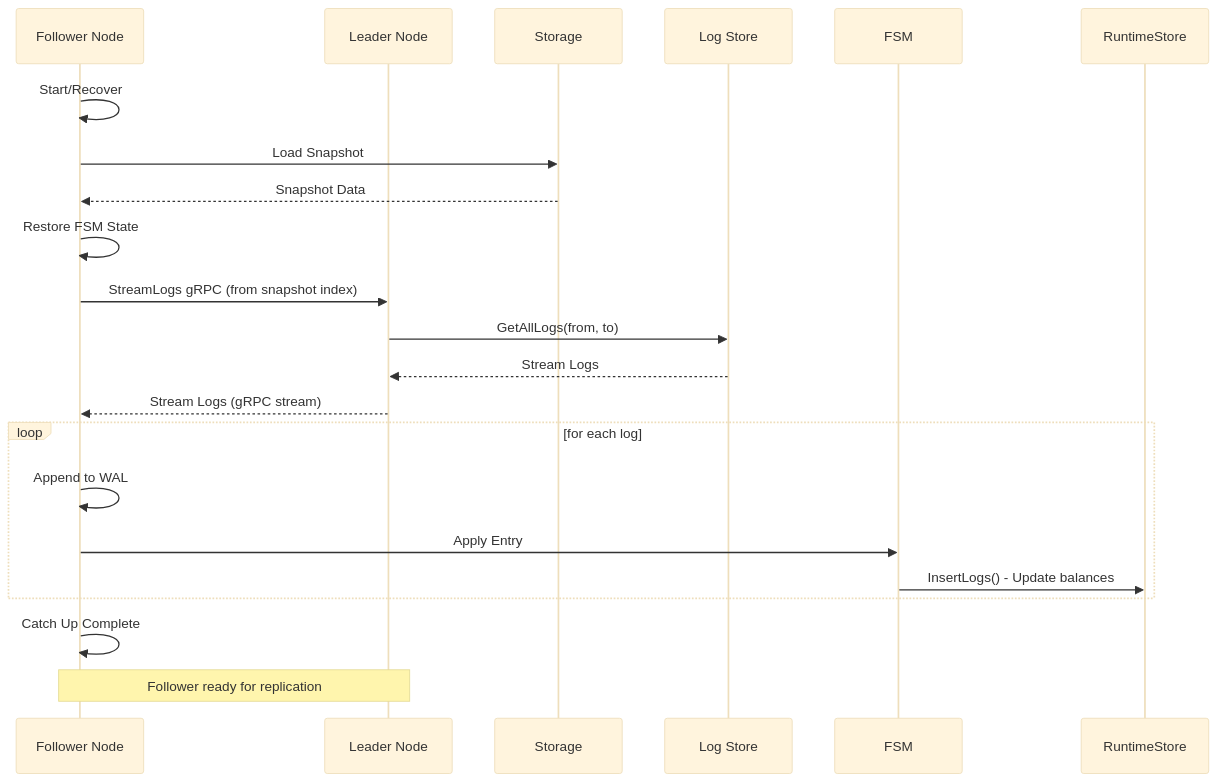
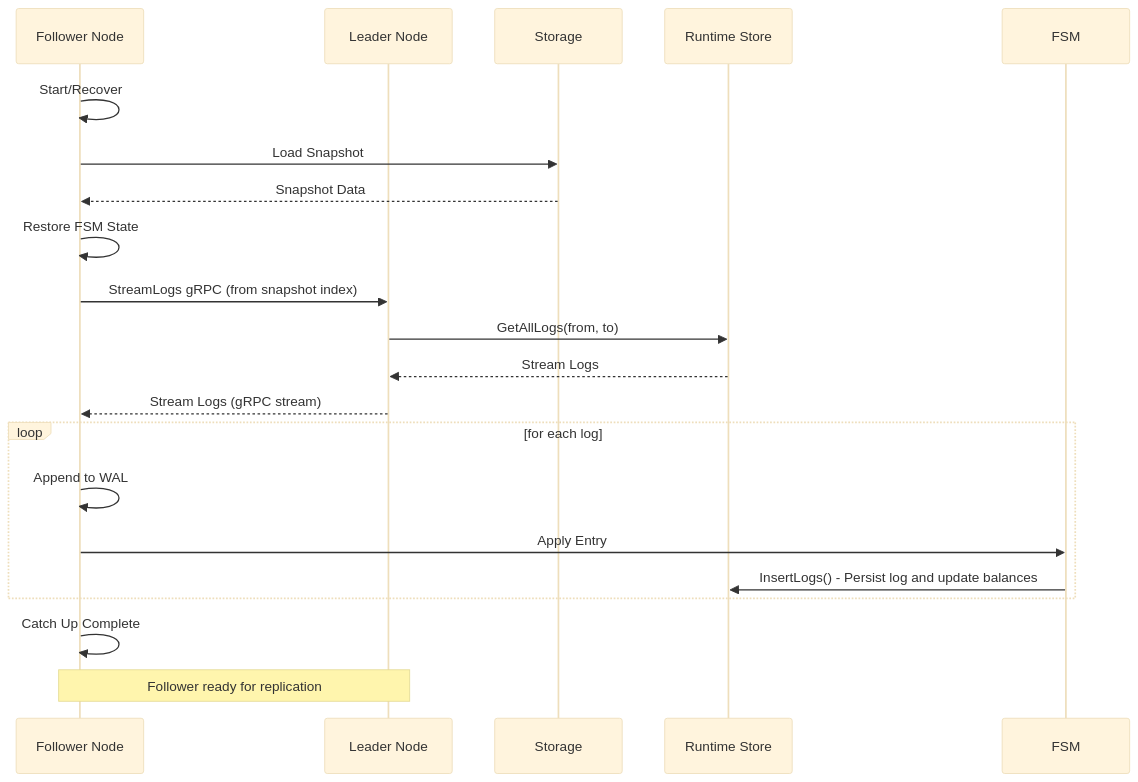
Before and after one commit to formancehq/ledger: the fourth of 7 diagrams in docs/data-flows.md, drawn with Mermaid (base theme). The commit also changed other lines of this file and 66 other files, not shown here.

````diff
--- a/docs/data-flows.md
+++ b/docs/data-flows.md
@@ -218,26 +217,26 @@
 ```mermaid
 sequenceDiagram
     participant Follower as Follower Node
     participant Leader as Leader Node
     participant Storage as Storage
-    participant LogStore as Log Store
+    participant RuntimeStore as Runtime Store
     
     Follower->>Follower: Start/Recover
     Follower->>Storage: Load Snapshot
     Storage-->>Follower: Snapshot Data
     Follower->>Follower: Restore FSM State
     
     Follower->>Leader: StreamLogs gRPC (from snapshot index)
-    Leader->>LogStore: GetAllLogs(from, to)
-    LogStore-->>Leader: Stream Logs
+    Leader->>RuntimeStore: GetAllLogs(from, to)
+    RuntimeStore-->>Leader: Stream Logs
     Leader-->>Follower: Stream Logs (gRPC stream)
     
     loop for each log
         Follower->>Follower: Append to WAL
         Follower->>FSM: Apply Entry
-        FSM->>RuntimeStore: InsertLogs() - Update balances
+        FSM->>RuntimeStore: InsertLogs() - Persist log and update balances
     end
     
     Follower->>Follower: Catch Up Complete
     Note over Follower,Leader: Follower ready for replication
 ```
````
